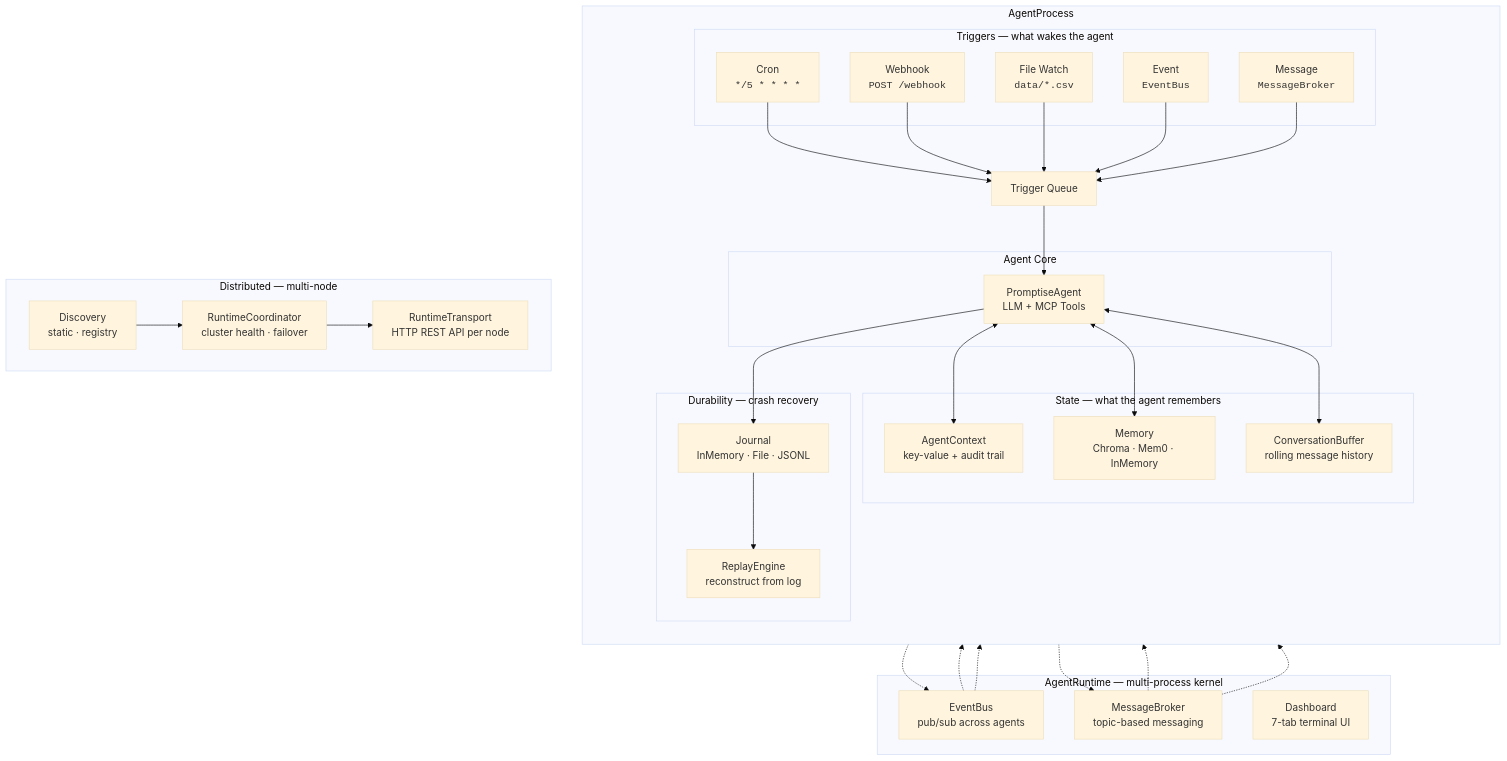
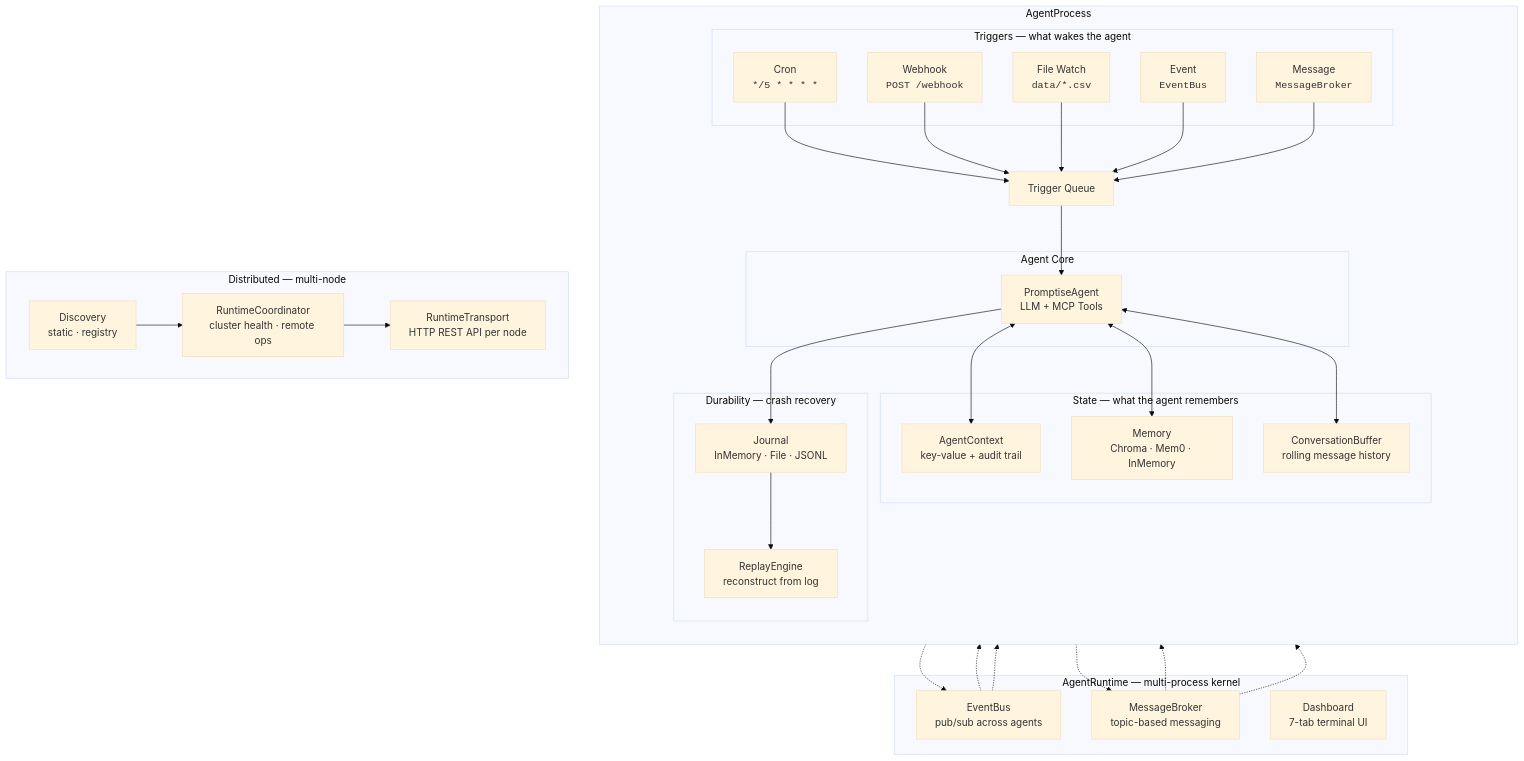
Before and after one commit to promptise-com/Foundry: the diagram in docs/runtime/index.md, drawn with Mermaid (base theme). The commit also changed other lines of this file and 29 other files, not shown here.

````diff
--- a/docs/runtime/index.md
+++ b/docs/runtime/index.md
@@ -79,54 +79,54 @@
 ```mermaid
 graph TB
     subgraph "AgentProcess"
         direction TB
 
         subgraph "Triggers — what wakes the agent"
             T1["Cron<br><code>*/5 * * * *</code>"]
             T2["Webhook<br><code>POST /webhook</code>"]
             T3["File Watch<br><code>data/*.csv</code>"]
             T4["Event<br><code>EventBus</code>"]
             T5["Message<br><code>MessageBroker</code>"]
         end
 
         Q["Trigger Queue"]
 
         subgraph "Agent Core"
             A["PromptiseAgent<br>LLM + MCP Tools"]
         end
 
         subgraph "State — what the agent remembers"
             CTX["AgentContext<br>key-value + audit trail"]
             MEM["Memory<br>Chroma · Mem0 · InMemory"]
             CONV["ConversationBuffer<br>rolling message history"]
         end
 
         subgraph "Durability — crash recovery"
             J["Journal<br>InMemory · File · JSONL"]
             R["ReplayEngine<br>reconstruct from log"]
         end
 
         T1 & T2 & T3 & T4 & T5 --> Q
         Q --> A
         A <--> CTX & MEM & CONV
         A --> J
         J --> R
     end
 
     subgraph "AgentRuntime — multi-process kernel"
         EB["EventBus<br>pub/sub across agents"]
         MB["MessageBroker<br>topic-based messaging"]
         DASH["Dashboard<br>7-tab terminal UI"]
     end
 
     subgraph "Distributed — multi-node"
-        COORD["RuntimeCoordinator<br>cluster health · failover"]
+        COORD["RuntimeCoordinator<br>cluster health · remote ops"]
         TRANS["RuntimeTransport<br>HTTP REST API per node"]
         DISC["Discovery<br>static · registry"]
     end
 
     A -.-> EB & MB
     EB & MB -.-> T4 & T5
     COORD --> TRANS
     DISC --> COORD
 ```
````
